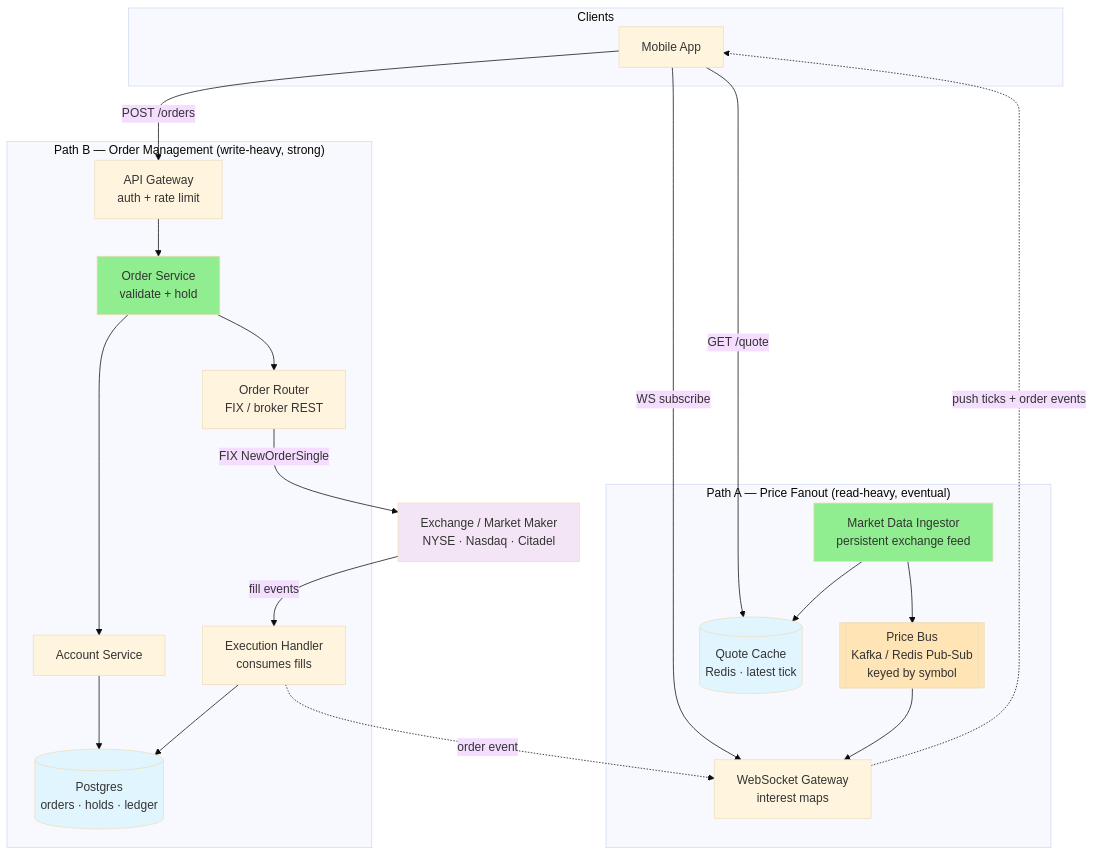
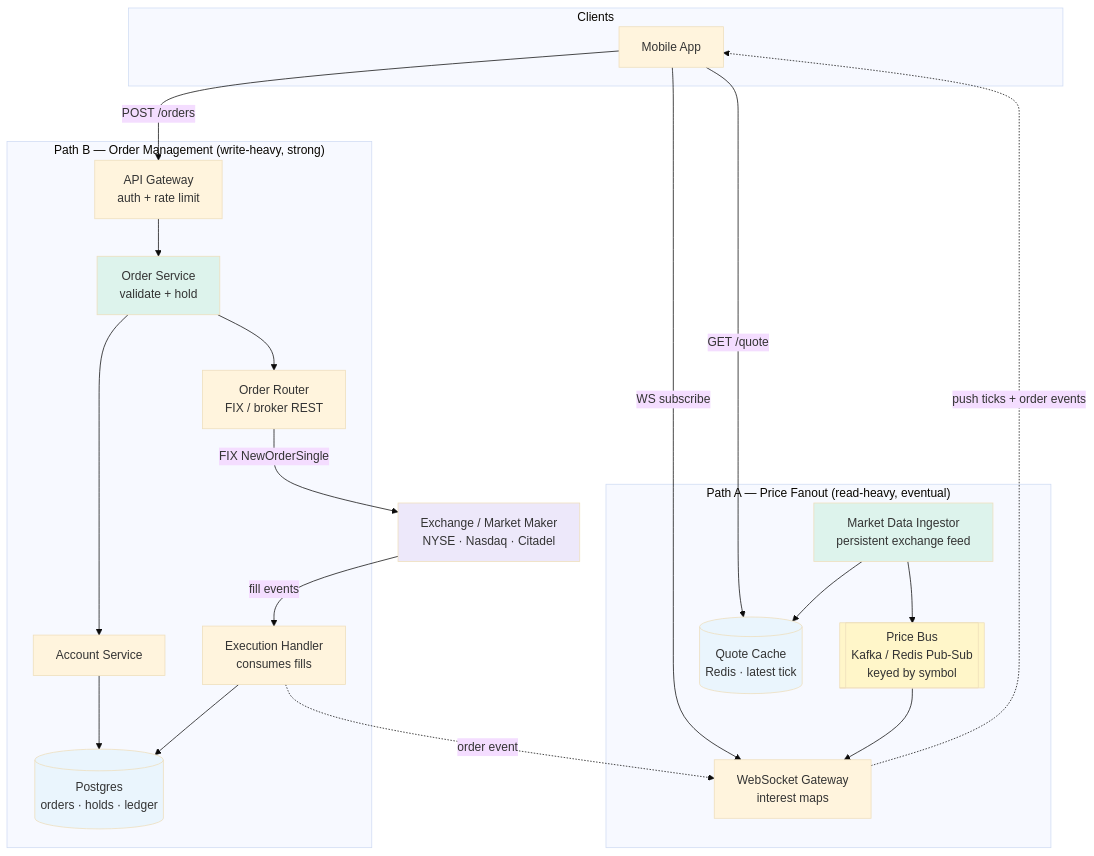
One commit to cartmancodes/InterviewVault changed the second of 7 diagrams in LLD/questions/Design Robinhood.md. Above: the diagram before and after it, drawn with Mermaid (base theme). The commit also changed other lines of this file and 679 other files, not shown here.

Commit message:
Unify content diagrams and add accessible visual walkthroughs

````diff
--- a/LLD/questions/Design Robinhood.md
+++ b/LLD/questions/Design Robinhood.md
@@ -202,47 +202,47 @@
 ```mermaid
 graph TB
     subgraph Clients
         APP[Mobile App]
     end
 
     subgraph "Path A — Price Fanout (read-heavy, eventual)"
         ING[Market Data Ingestor<br/>persistent exchange feed]
         BUS[[Price Bus<br/>Kafka / Redis Pub-Sub<br/>keyed by symbol]]
         WSG[WebSocket Gateway<br/>interest maps]
         QC[(Quote Cache<br/>Redis · latest tick)]
     end
 
     subgraph "Path B — Order Management (write-heavy, strong)"
         GW[API Gateway<br/>auth + rate limit]
         OS[Order Service<br/>validate + hold]
         AS[Account Service]
         PG[(Postgres<br/>orders · holds · ledger)]
         OR[Order Router<br/>FIX / broker REST]
         EH[Execution Handler<br/>consumes fills]
     end
 
     EX[Exchange / Market Maker<br/>NYSE · Nasdaq · Citadel]
 
     APP -->|WS subscribe| WSG
     APP -->|GET /quote| QC
     APP -->|POST /orders| GW
     ING --> BUS
     ING --> QC
     BUS --> WSG
     WSG -.push ticks + order events.-> APP
     GW --> OS
     OS --> AS
     AS --> PG
     OS --> OR
     OR -->|FIX NewOrderSingle| EX
     EX -->|fill events| EH
     EH --> PG
     EH -.order event.-> WSG
 
-    style ING fill:#90EE90
-    style BUS fill:#FFE4B5
-    style QC fill:#e1f5ff
-    style PG fill:#e1f5ff
-    style OS fill:#90EE90
-    style EX fill:#f3e5f5
+    style ING fill:#DDF3EC
+    style BUS fill:#FFF6C9
+    style QC fill:#EAF5FD
+    style PG fill:#EAF5FD
+    style OS fill:#DDF3EC
+    style EX fill:#EDE8FA
 ```
````
